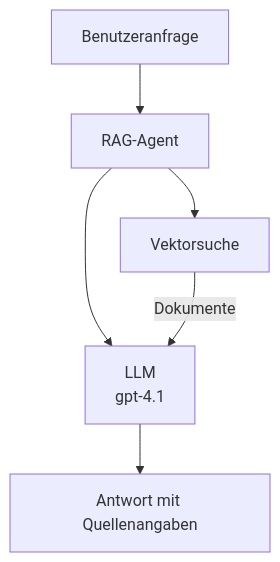
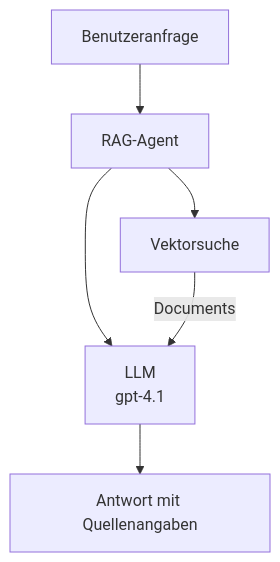
Before and after one commit to microsoft/AZD-for-beginners: the second of 3 diagrams in translations/de/docs/chapter-02-ai-development/agents.md, drawn with Mermaid. The commit also changed other lines of this file and 59 other files, not shown here.

````diff
--- a/translations/de/docs/chapter-02-ai-development/agents.md
+++ b/translations/de/docs/chapter-02-ai-development/agents.md
@@ -181,8 +181,8 @@
 ```mermaid
 graph TD
     Query[Benutzeranfrage] --> RAG[RAG-Agent]
     RAG --> Vector[Vektorsuche]
     RAG --> LLM[LLM<br/>gpt-4.1]
-    Vector -- Dokumente --> LLM
+    Vector -- Documents --> LLM
     LLM --> Response[Antwort mit Quellenangaben]
 ```
````
